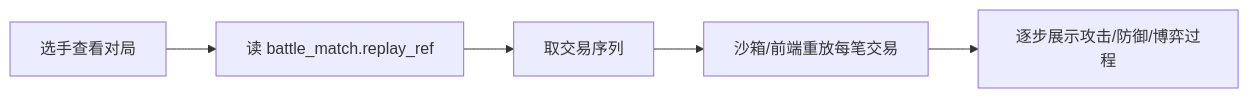
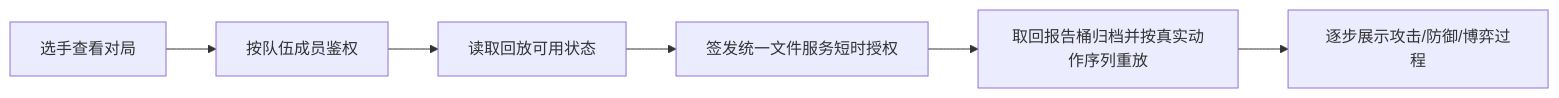
The sixth of 8 diagrams in docs/08-竞赛/05-业务流程与状态机.md (menghuishisan/CHAIMIR), drawn with Mermaid before and after one commit. The commit also changed other lines of this file and 181 other files, not shown here.

````diff
--- a/docs/08-竞赛/05-业务流程与状态机.md
+++ b/docs/08-竞赛/05-业务流程与状态机.md
@@ -107,7 +107,8 @@
 ```mermaid
 flowchart LR
-    A[选手查看对局] --> B[读 battle_match.replay_ref]
-    B --> C[取交易序列]
-    C --> D[沙箱/前端重放每笔交易]
-    D --> E[逐步展示攻击/防御/博弈过程]
+    A[选手查看对局] --> B[按队伍成员鉴权]
+    B --> C[读取回放可用状态]
+    C --> D[签发统一文件服务短时授权]
+    D --> E[取回报告桶归档并按真实动作序列重放]
+    E --> F[逐步展示攻击/防御/博弈过程]
 ```
````
